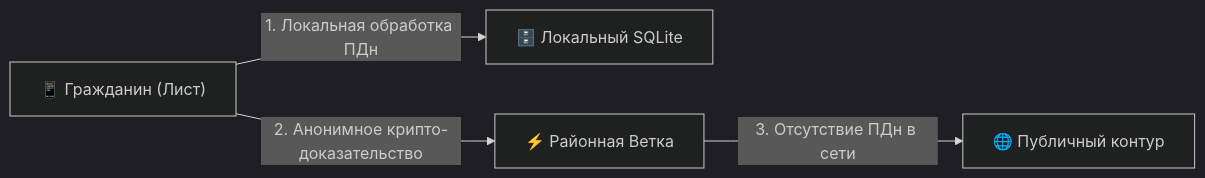
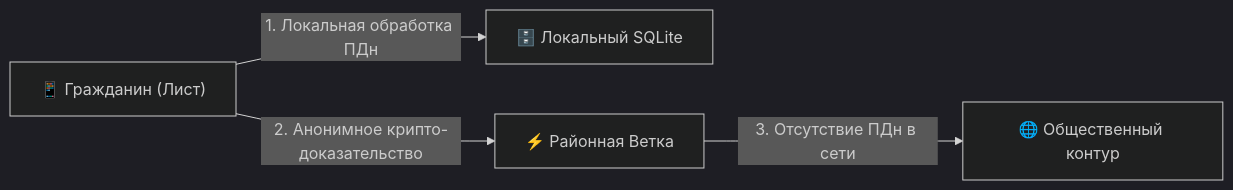
Before and after one commit to Data-Independence-Network/presentations: the first of 2 diagrams in shared_docs/whitepapers/05_sovereign_governance_whitepaper.md, drawn with Mermaid (dark theme). The commit also changed 81 other files, not shown here.

````diff
--- a/shared_docs/whitepapers/05_sovereign_governance_whitepaper.md
+++ b/shared_docs/whitepapers/05_sovereign_governance_whitepaper.md
@@ -53,6 +53,6 @@
 ```mermaid
 graph LR
     User["📱 Гражданин (Лист)"] -->|1. Локальная обработка ПДн| LocalDB["🗄️ Локальный SQLite"]
     User -->|2. Анонимное крипто-доказательство| Branch["⚡ Районная Ветка"]
-    Branch -->|3. Отсутствие ПДн в сети| Public["🌐 Публичный контур"]
+    Branch -->|3. Отсутствие ПДн в сети| Public["🌐 Общественный контур"]
 ```
````
